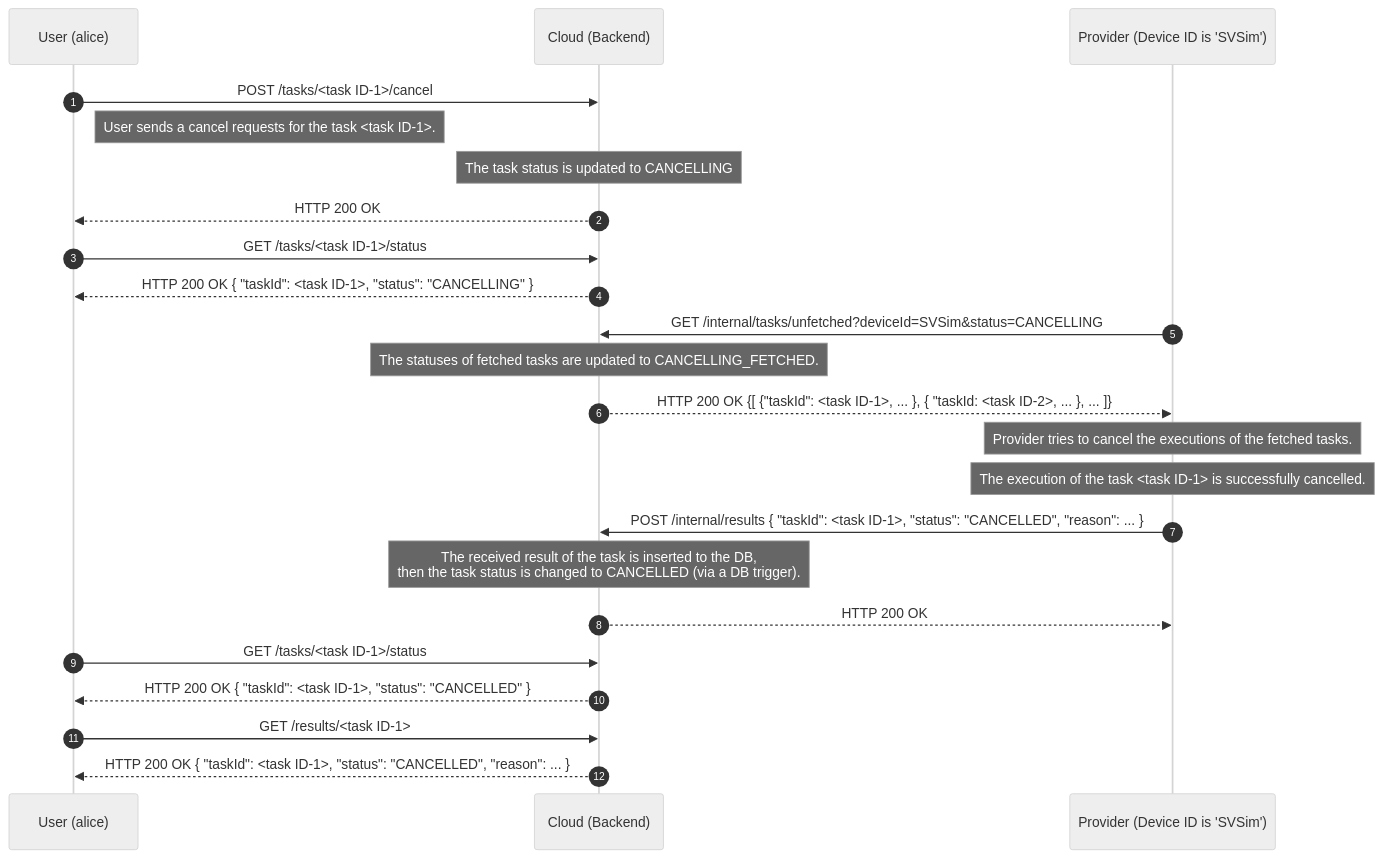
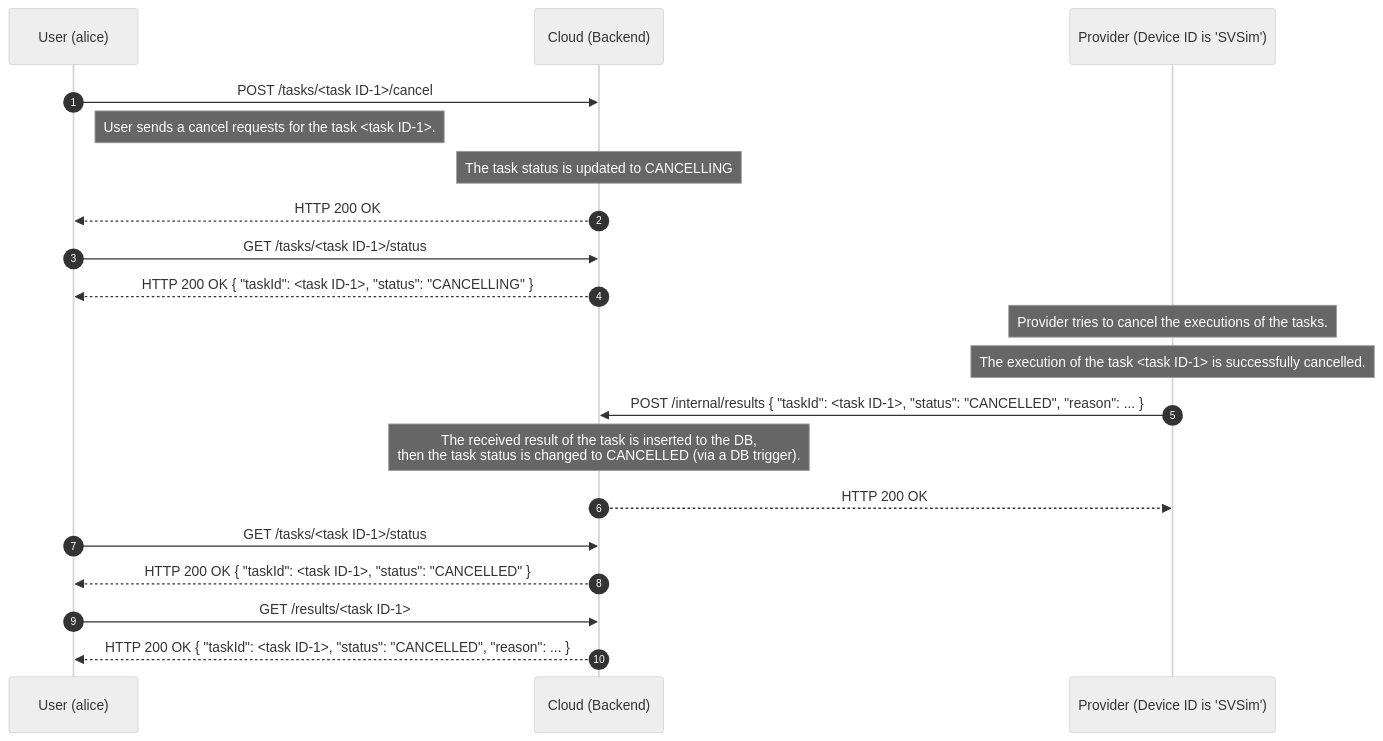
One commit to oqtopus-team/oqtopus-cloud changed the third of 3 diagrams in docs/en/architecture/sequence_diagram.md. Above: the diagram before and after it, drawn with Mermaid (neutral theme). The commit also changed other lines of this file, not shown here.

Commit message:
refactor: delete of XXX_FETCHED

````diff
--- a/docs/en/architecture/sequence_diagram.md
+++ b/docs/en/architecture/sequence_diagram.md
@@ -154,32 +138,28 @@
 ```mermaid
 sequenceDiagram
     autonumber
     participant User as User (alice)
     participant Cloud as Cloud (Backend)
     participant Provider as Provider (Device ID is 'SVSim')
 
     User->>Cloud: POST /tasks/<task ID-1>/cancel
     Note right of User: User sends a cancel requests for the task <task ID-1>.
     Note over Cloud: The task status is updated to CANCELLING
     Cloud-->>User: HTTP 200 OK
 
     User->>Cloud: GET /tasks/<task ID-1>/status
     Cloud-->>User: HTTP 200 OK { "taskId": <task ID-1>, "status": "CANCELLING" }
 
-    Provider->>Cloud: GET /internal/tasks/unfetched?deviceId=SVSim&status=CANCELLING
-    Note over Cloud: The statuses of fetched tasks are updated to CANCELLING_FETCHED.
-    Cloud-->>Provider: HTTP 200 OK {[ {"taskId": <task ID-1>, ... }, { "taskId: <task ID-2>, ... }, ... ]}
-
-    Note over Provider: Provider tries to cancel the executions of the fetched tasks.
+    Note over Provider: Provider tries to cancel the executions of the tasks.
     Note over Provider: The execution of the task <task ID-1> is successfully cancelled.
     Provider->>Cloud: POST /internal/results { "taskId": <task ID-1>, "status": "CANCELLED", "reason": ... }
 
     Note over Cloud: The received result of the task is inserted to the DB,<br> then the task status is changed to CANCELLED (via a DB trigger).
     Cloud-->>Provider: HTTP 200 OK
 
     User->>Cloud: GET /tasks/<task ID-1>/status
     Cloud-->>User: HTTP 200 OK { "taskId": <task ID-1>, "status": "CANCELLED" }
 
     User->>Cloud: GET /results/<task ID-1>
     Cloud-->>User: HTTP 200 OK { "taskId": <task ID-1>, "status": "CANCELLED", "reason": ... }
 ```
````
